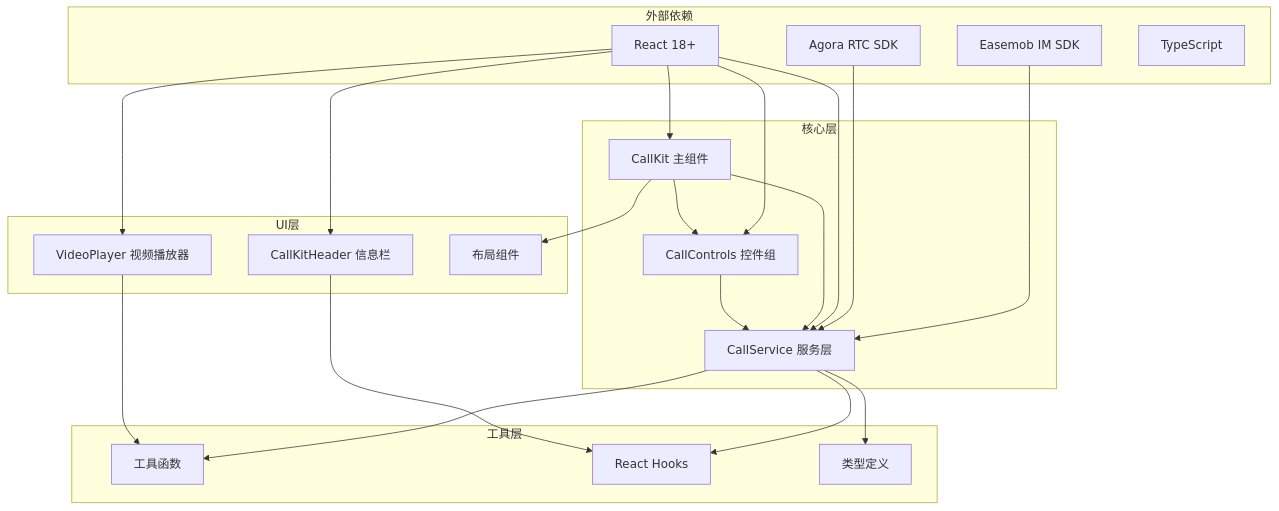
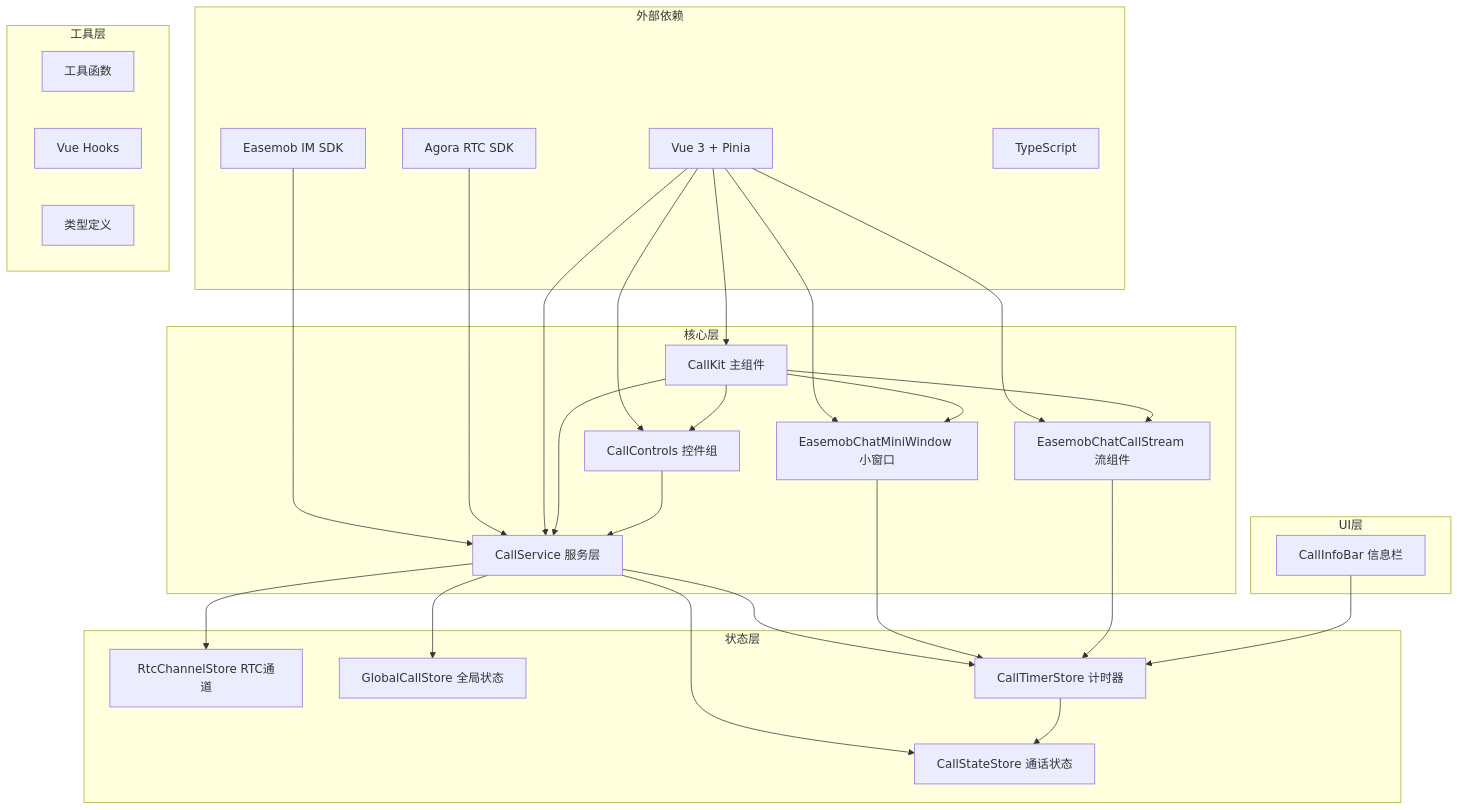
The eighth of 8 diagrams in .qoder/repowiki/zh/content/核心组件/单人通话组件/单人通话组件.md (Easemob-Community/easemob-uikit-callkit-vue3), drawn with Mermaid before and after one commit. The commit also changed other lines of this file and 54 other files, not shown here.

First line of the commit message:
refactor: 清理废弃代码 + 移出 RtcService 实例 + API 便捷性优化

````diff
--- a/.qoder/repowiki/zh/content/核心组件/单人通话组件/单人通话组件.md
+++ b/.qoder/repowiki/zh/content/核心组件/单人通话组件/单人通话组件.md
@@ -368,40 +399,50 @@
 ```mermaid
 graph TD
 subgraph "外部依赖"
 IM[Easemob IM SDK]
 Agora[Agora RTC SDK]
-React[React 18+]
+Vue[Vue 3 + Pinia]
 TS[TypeScript]
 end
 subgraph "核心层"
 CallKit[CallKit 主组件]
 CallControls[CallControls 控件组]
 CallService[CallService 服务层]
+EasemobChatMiniWindow[EasemobChatMiniWindow 小窗口]
+EasemobChatCallStream[EasemobChatCallStream 流组件]
+end
+subgraph "状态层"
+CallStateStore[CallStateStore 通话状态]
+RtcChannelStore[RtcChannelStore RTC通道]
+GlobalCallStore[GlobalCallStore 全局状态]
+CallTimerStore[CallTimerStore 计时器]
 end
 subgraph "工具层"
 Utils[工具函数]
-Hooks[React Hooks]
+Hooks[Vue Hooks]
 Types[类型定义]
 end
 subgraph "UI层"
-VideoPlayer[VideoPlayer 视频播放器]
-Header[CallKitHeader 信息栏]
-Layouts[布局组件]
+CallInfoBar[CallInfoBar 信息栏]
 end
 IM --> CallService
 Agora --> CallService
-React --> CallKit
-React --> CallControls
-React --> CallService
-React --> VideoPlayer
-React --> Header
+Vue --> CallKit
+Vue --> CallControls
+Vue --> CallService
+Vue --> EasemobChatMiniWindow
+Vue --> EasemobChatCallStream
 CallKit --> CallControls
 CallKit --> CallService
-CallKit --> Layouts
+CallKit --> EasemobChatMiniWindow
+CallKit --> EasemobChatCallStream
 CallControls --> CallService
-CallService --> Utils
-CallService --> Hooks
-CallService --> Types
-VideoPlayer --> Utils
-Header --> Hooks
+CallService --> CallStateStore
+CallService --> RtcChannelStore
+CallService --> GlobalCallStore
+CallService --> CallTimerStore
+CallTimerStore --> CallStateStore
+EasemobChatMiniWindow --> CallTimerStore
+EasemobChatCallStream --> CallTimerStore
+CallInfoBar --> CallTimerStore
 ```
````
